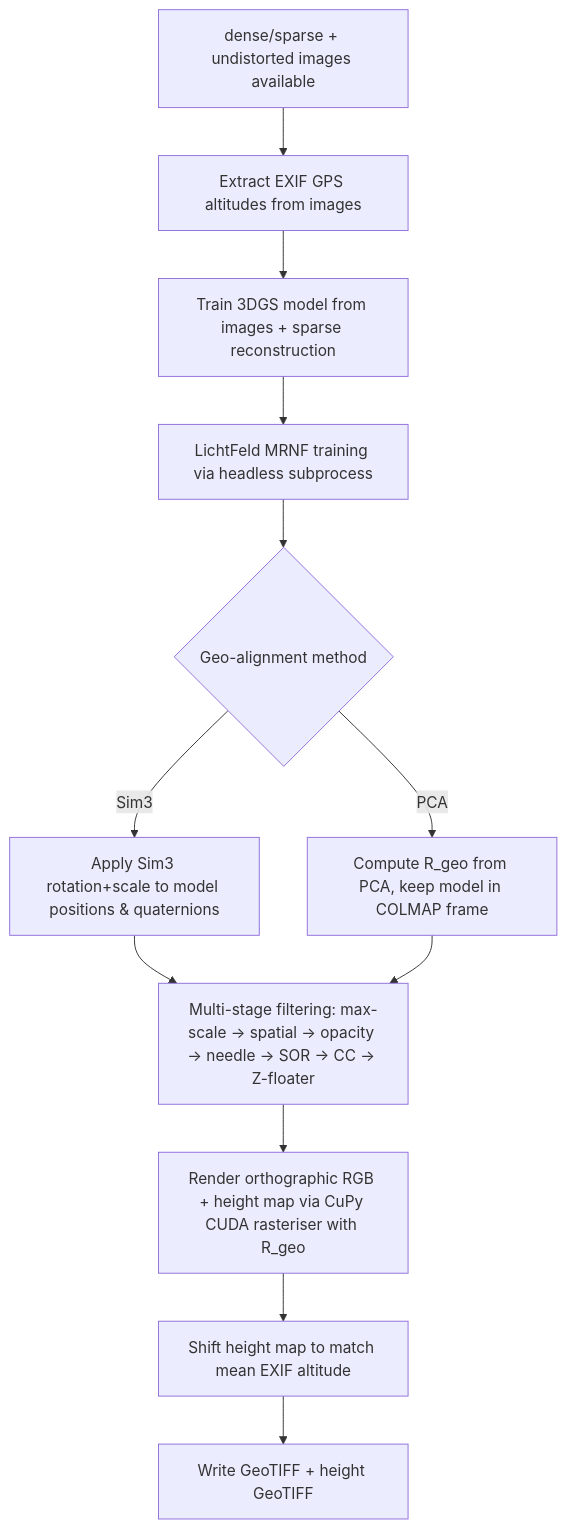
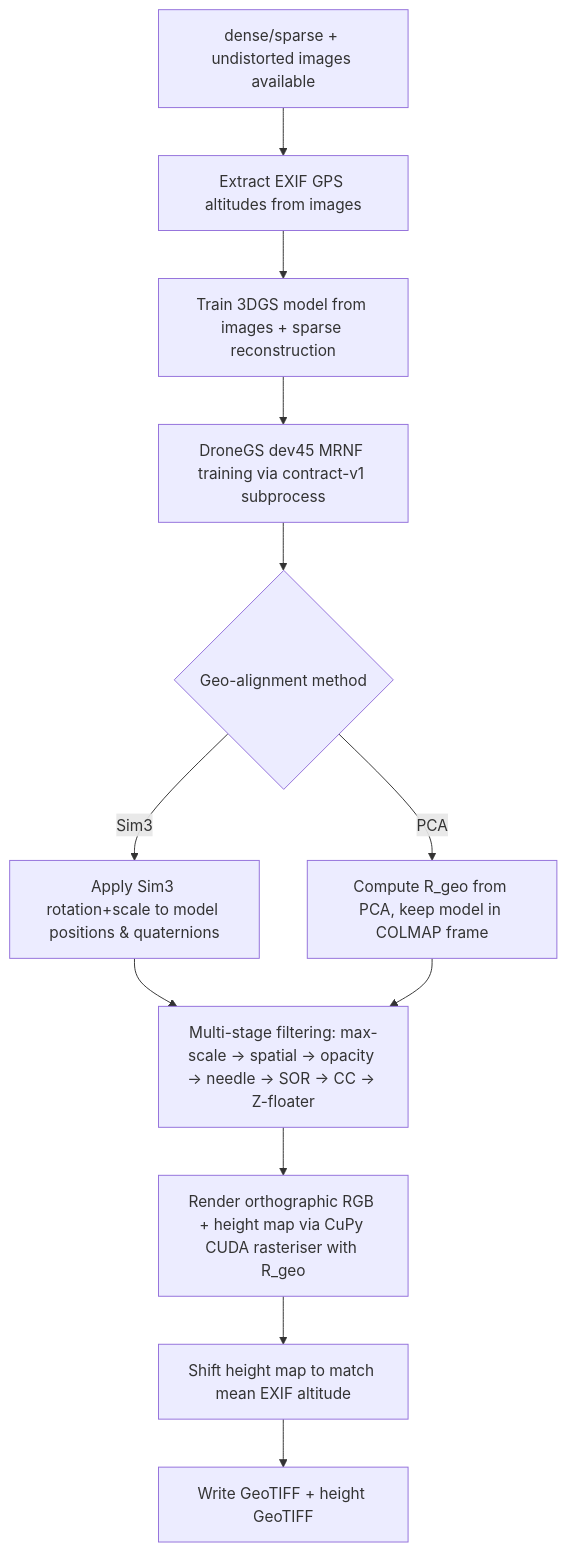
Before and after one commit to olivelb/DroneAI: the fourth of 7 diagrams in DOCUMENTATION.md, drawn with Mermaid. The commit also changed other lines of this file and 29 other files, not shown here.

Commit message:
feat(pipeline): promote DroneGS dev45 backend

````diff
--- a/DOCUMENTATION.md
+++ b/DOCUMENTATION.md
@@ -1070,14 +1078,14 @@
 ```mermaid
 flowchart TD
   A[dense/sparse + undistorted images available] --> C0[Extract EXIF GPS altitudes from images]
   C0 --> C[Train 3DGS model from images + sparse reconstruction]
-  C --> C1[LichtFeld MRNF training via headless subprocess]
+  C --> C1[DroneGS dev45 MRNF training via contract-v1 subprocess]
   C1 --> C2{Geo-alignment method}
   C2 -->|Sim3| D1[Apply Sim3 rotation+scale to model positions & quaternions]
   C2 -->|PCA| D2[Compute R_geo from PCA, keep model in COLMAP frame]
   D1 --> D[Multi-stage filtering: max-scale → spatial → opacity → needle → SOR → CC → Z-floater]
   D2 --> D
   D --> E[Render orthographic RGB + height map via CuPy CUDA rasteriser with R_geo]
   E --> E1[Shift height map to match mean EXIF altitude]
   E1 --> H[Write GeoTIFF + height GeoTIFF]
 ```
````
